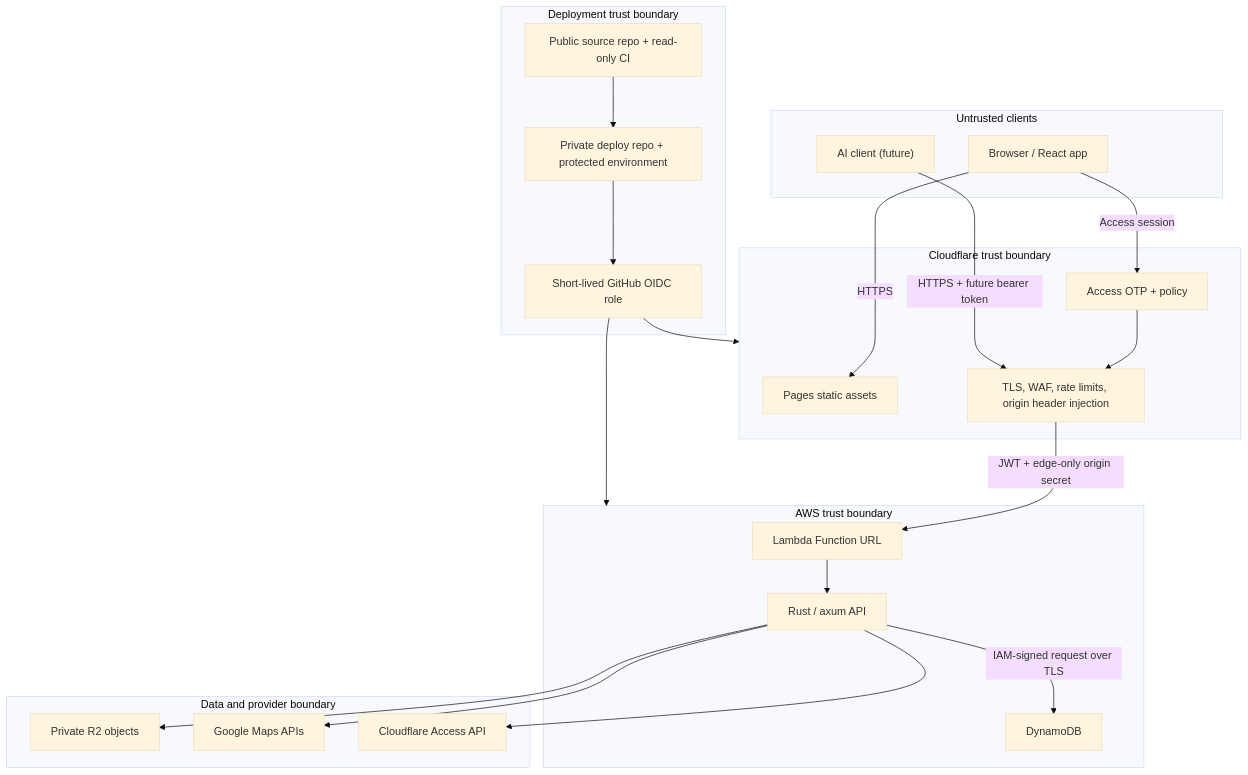
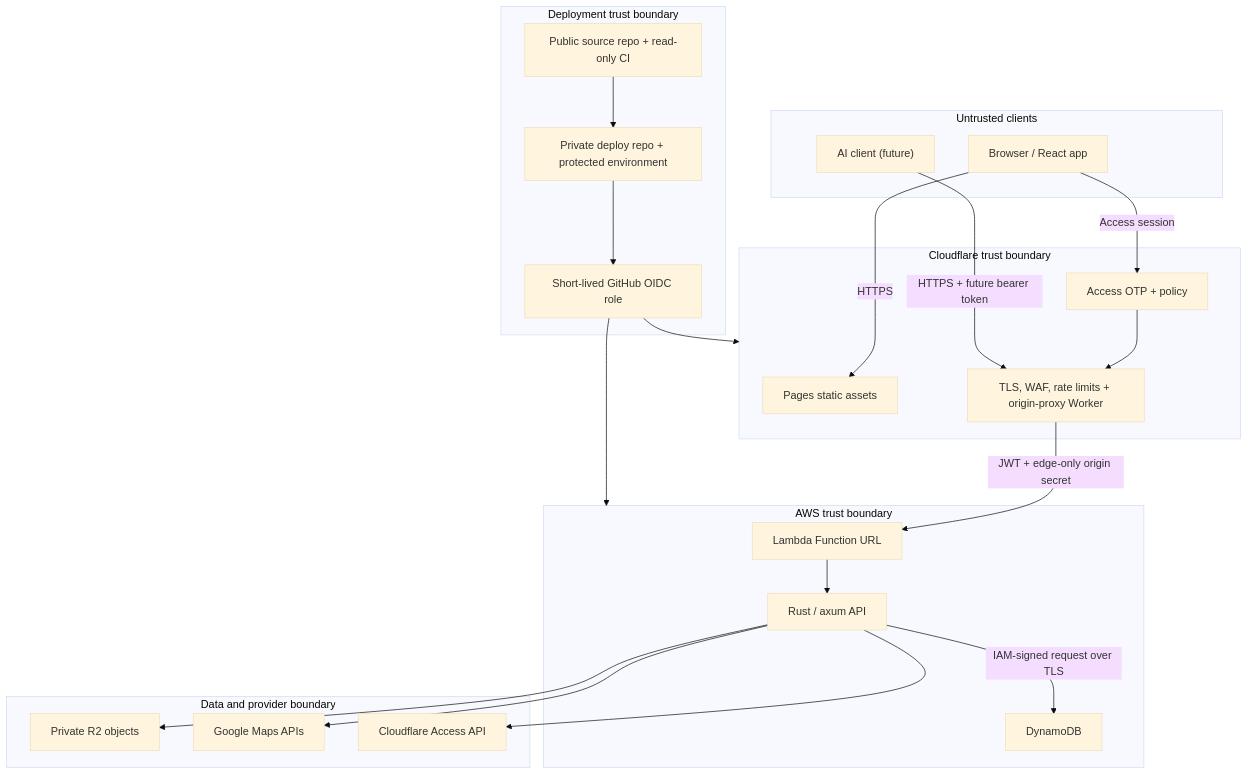
The diagram in docs/SECURITY.md (Kaiyu2023/itinera), drawn with Mermaid (base theme) before and after one commit. The commit also changed other lines of this file and 17 other files, not shown here.

````diff
--- a/docs/SECURITY.md
+++ b/docs/SECURITY.md
@@ -149,46 +150,46 @@
 ```mermaid
 flowchart TB
   subgraph Clients["Untrusted clients"]
     Browser["Browser / React app"]
     Agent["AI client (future)"]
   end
 
   subgraph Edge["Cloudflare trust boundary"]
     Pages["Pages static assets"]
     Access["Access OTP + policy"]
-    WAF["TLS, WAF, rate limits, origin header injection"]
+    EdgeProxy["TLS, WAF, rate limits + origin-proxy Worker"]
   end
 
   subgraph AWS["AWS trust boundary"]
     URL["Lambda Function URL"]
     API["Rust / axum API"]
     Dynamo["DynamoDB"]
   end
 
   subgraph Data["Data and provider boundary"]
     R2["Private R2 objects"]
     Maps["Google Maps APIs"]
     CFApi["Cloudflare Access API"]
   end
 
   subgraph Delivery["Deployment trust boundary"]
     PublicRepo["Public source repo + read-only CI"]
     PrivateRepo["Private deploy repo + protected environment"]
     OIDC["Short-lived GitHub OIDC role"]
   end
 
   Browser -->|"HTTPS"| Pages
   Browser -->|"Access session"| Access
-  Access --> WAF
-  Agent -->|"HTTPS + future bearer token"| WAF
-  WAF -->|"JWT + edge-only origin secret"| URL
+  Access --> EdgeProxy
+  Agent -->|"HTTPS + future bearer token"| EdgeProxy
+  EdgeProxy -->|"JWT + edge-only origin secret"| URL
   URL --> API
   API -->|"IAM-signed request over TLS"| Dynamo
   API --> R2
   API --> Maps
   API --> CFApi
   PublicRepo --> PrivateRepo
   PrivateRepo --> OIDC
   OIDC --> AWS
   OIDC --> Edge
 ```
````
